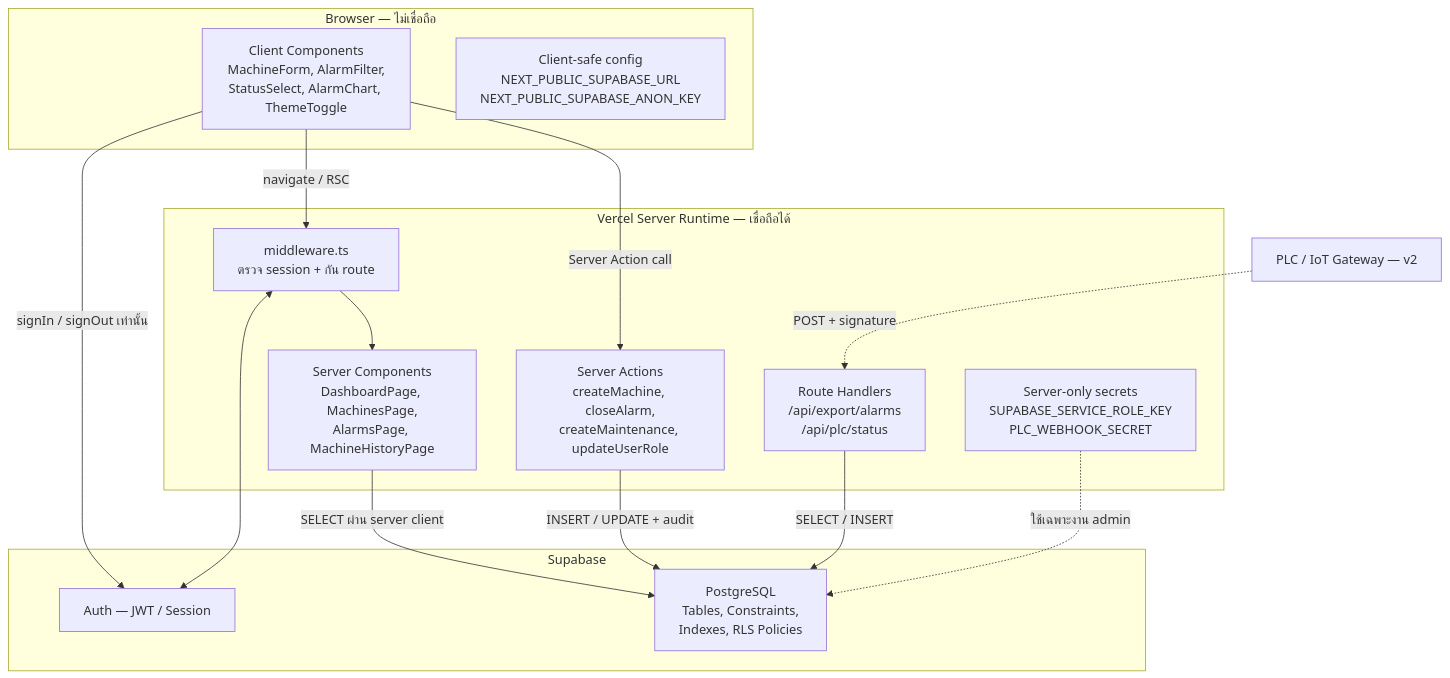
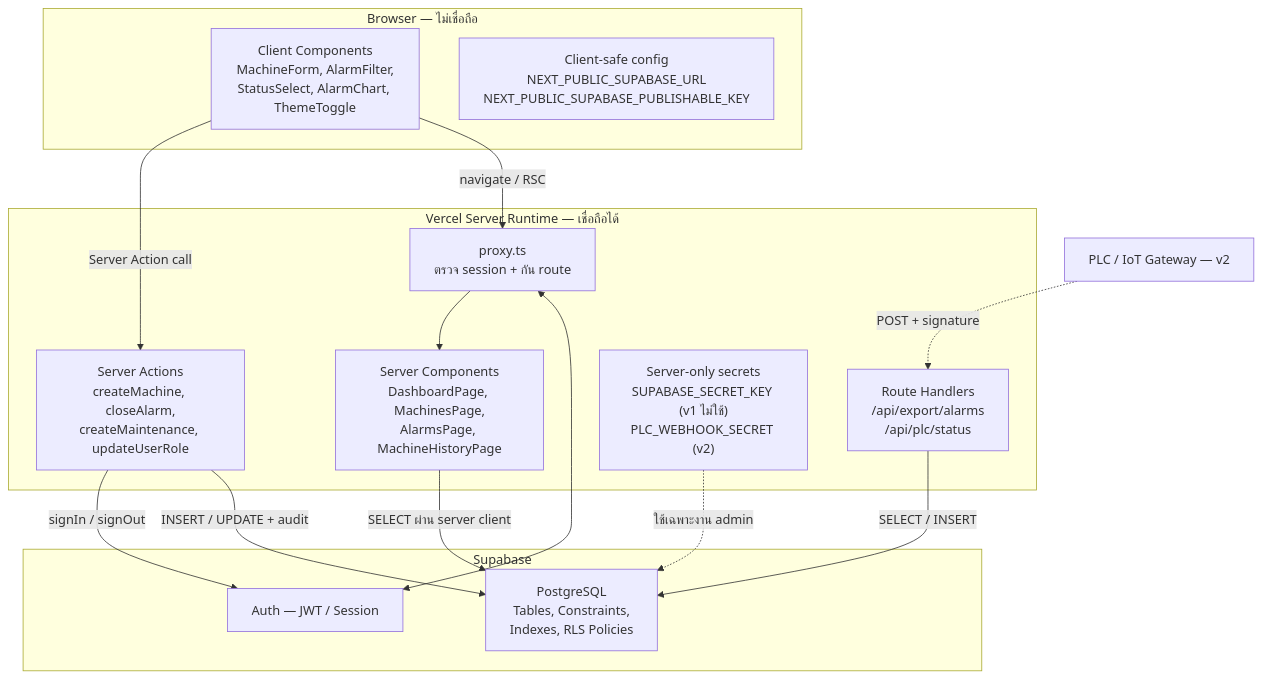
The first of 2 diagrams in docs/03-architecture.md (pornlert-p-bit/amms-alarm-maintenance), drawn with Mermaid before and after one commit. The commit also changed other lines of this file and 3 other files, not shown here.

````diff
--- a/docs/03-architecture.md
+++ b/docs/03-architecture.md
@@ -15,33 +15,33 @@
 ```mermaid
 flowchart TB
     subgraph BROWSER["Browser — ไม่เชื่อถือ"]
         CC["Client Components<br/>MachineForm, AlarmFilter,<br/>StatusSelect, AlarmChart, ThemeToggle"]
-        PUB["Client-safe config<br/>NEXT_PUBLIC_SUPABASE_URL<br/>NEXT_PUBLIC_SUPABASE_ANON_KEY"]
+        PUB["Client-safe config<br/>NEXT_PUBLIC_SUPABASE_URL<br/>NEXT_PUBLIC_SUPABASE_PUBLISHABLE_KEY"]
     end
 
     subgraph SERVER["Vercel Server Runtime — เชื่อถือได้"]
-        MW["middleware.ts<br/>ตรวจ session + กัน route"]
+        MW["proxy.ts<br/>ตรวจ session + กัน route"]
         SC["Server Components<br/>DashboardPage, MachinesPage,<br/>AlarmsPage, MachineHistoryPage"]
         ACT["Server Actions<br/>createMachine, closeAlarm,<br/>createMaintenance, updateUserRole"]
         API["Route Handlers<br/>/api/export/alarms<br/>/api/plc/status"]
-        SEC["Server-only secrets<br/>SUPABASE_SERVICE_ROLE_KEY<br/>PLC_WEBHOOK_SECRET"]
+        SEC["Server-only secrets<br/>SUPABASE_SECRET_KEY (v1 ไม่ใช้)<br/>PLC_WEBHOOK_SECRET (v2)"]
     end
 
     subgraph SUPABASE["Supabase"]
         AUTH["Auth — JWT / Session"]
         DBX["PostgreSQL<br/>Tables, Constraints,<br/>Indexes, RLS Policies"]
     end
 
     GW["PLC / IoT Gateway — v2"]
 
     CC -->|"Server Action call"| ACT
     CC -->|"navigate / RSC"| MW
     MW --> SC
-    CC -->|"signIn / signOut เท่านั้น"| AUTH
+    ACT -->|"signIn / signOut"| AUTH
     SC -->|"SELECT ผ่าน server client"| DBX
     ACT -->|"INSERT / UPDATE + audit"| DBX
     API -->|"SELECT / INSERT"| DBX
     MW <--> AUTH
     SEC -.->|"ใช้เฉพาะงาน admin"| DBX
     GW -.->|"POST + signature"| API
 ```
````
